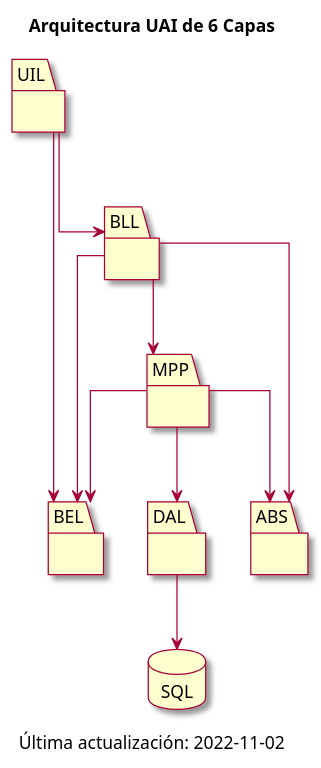
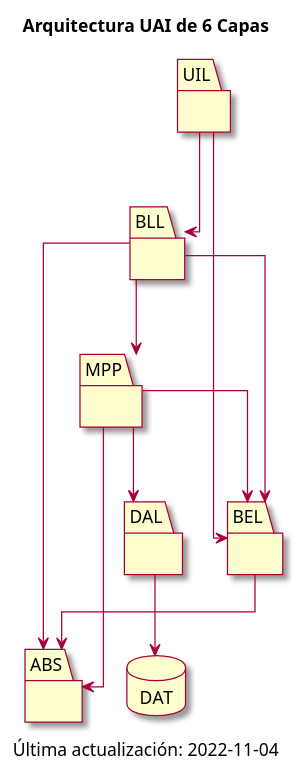
One commit to zherar7ordoya/AP5 changed the diagram in (EndGame)/Gestor de Campeonatos/docs/16. Arquitectura UAI de 6 Capas.puml. Above: the diagram before and after it, drawn with PlantUML. The commit also changed other lines of this file, not shown here.

Commit message:
2022-11-04

```diff
--- a/(EndGame)/Gestor de Campeonatos/docs/16. Arquitectura UAI de 6 Capas.puml
+++ b/(EndGame)/Gestor de Campeonatos/docs/16. Arquitectura UAI de 6 Capas.puml
@@ -7,64 +7,68 @@
 @startuml Gestor de Campeonatos
 
 ' ─── CONFIGURACIONES ──────────────────────────────────────────────────────────
+
 skin rose
-' skinparam classFontName Calibri
+skinparam classFontName Calibri
 ' skinparam shadowing false
 ' hide circle
 skinparam linetype ortho
 
 ' --- TÍTULO ───────────────────────────────────────────────────────────────────
+
 title Arquitectura UAI de 6 Capas
 
 ' ─── ENTIDADES ────────────────────────────────────────────────────────────────
+
 package BEL
 {
 }
 
 package UIL
 {
 }
 
 package BLL
 {
 }
 
 package MPP
 {
 }
 
 package DAL
 {
 }
 
 package ABS
 {
 }
 
-package SQL <<Database>>
+package DAT <<Database>>
 {
 }
 
 ' ─── RELACIONES ───────────────────────────────────────────────────────────────
+
+BLL -[plain]-> MPP
+DAL -[plain]-> DAT
+MPP -[plain]-> DAL
 UIL -[plain]-> BLL
-BLL -[plain]-> MPP
-MPP -[plain]-> DAL
-DAL -[plain]-> SQL
 
-UIL -[plain]-> BEL
 BLL -[plain]-> BEL
 MPP -[plain]-> BEL
+UIL -[plain]-> BEL
 
+BEL -[plain]-> ABS
 BLL -[plain]-> ABS
 MPP -[plain]-> ABS
-
-
 
 ' ─── NOTAS ────────────────────────────────────────────────────────────────────
 
 
 ' ─── SUBTÍTULO ────────────────────────────────────────────────────────────────
-caption Última actualización: 2022-11-02
+
+caption Última actualización: 2022-11-04
 
 ' ─── FIN ──────────────────────────────────────────────────────────────────────
 @enduml
```
